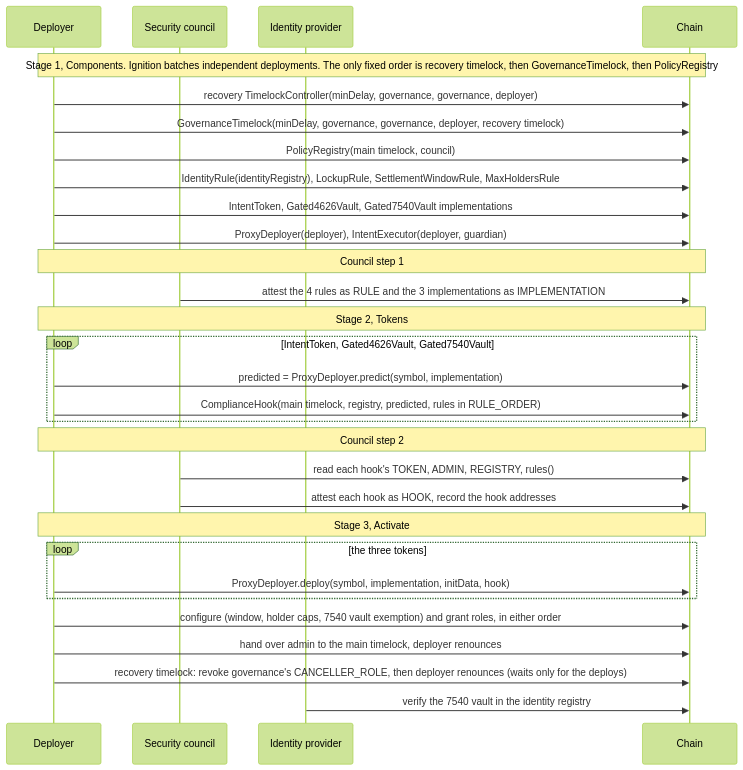
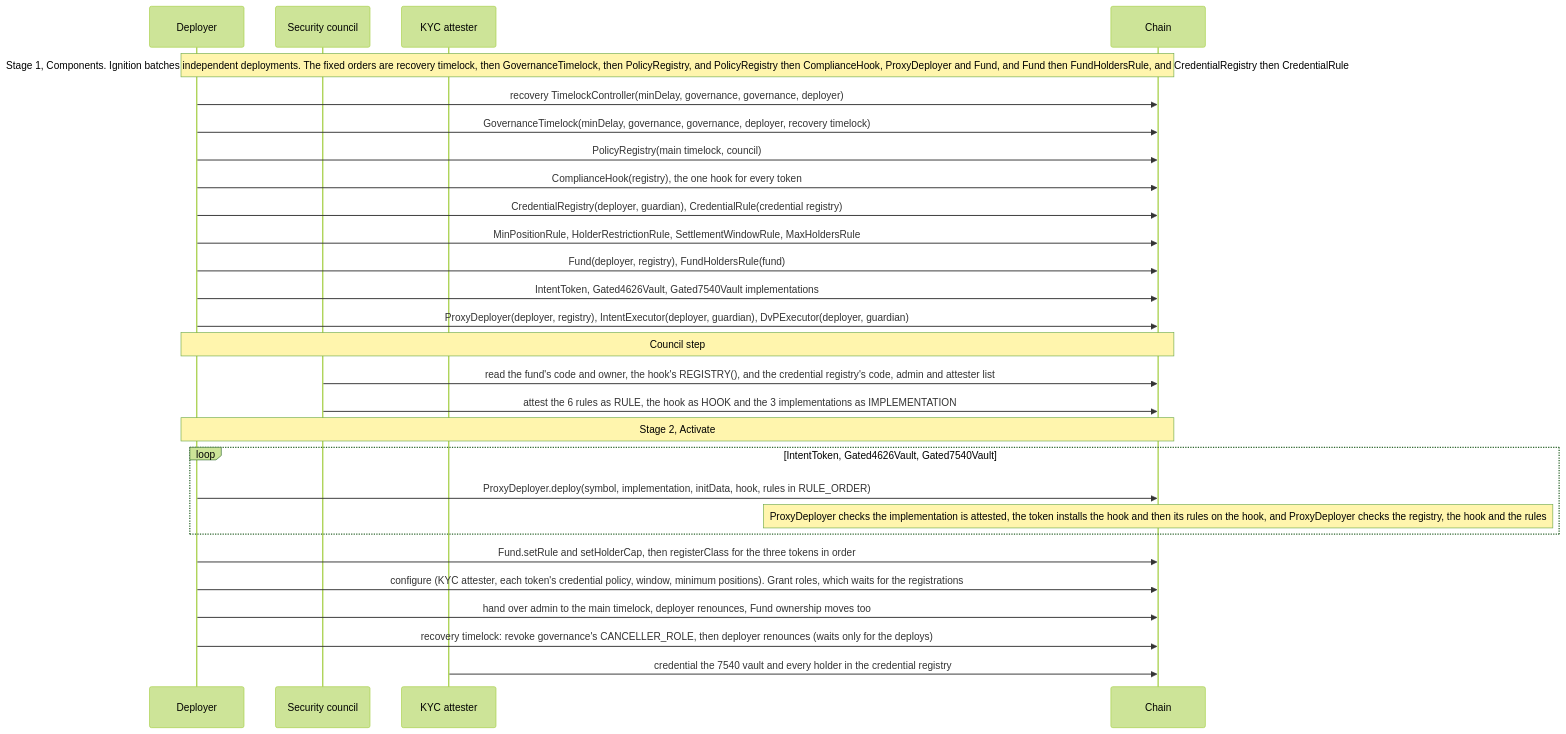
The sixth of 6 diagrams in docs/governance-and-deployment.md (fepvenancio/rwa-token), drawn with Mermaid (forest theme) before and after one commit. The commit also changed other lines of this file and 116 other files, not shown here.

First line of the commit message:
Fund layer, DvP, review items, credential layer and the ProxyDeployer check (#3)

````diff
--- a/docs/governance-and-deployment.md
+++ b/docs/governance-and-deployment.md
@@ -223,37 +353,33 @@
 ```mermaid
 sequenceDiagram
   participant D as Deployer
   participant Co as Security council
-  participant IP as Identity provider
+  participant KA as KYC attester
   participant Ch as Chain
 
-  Note over D,Ch: Stage 1, Components. Ignition batches independent deployments. The only fixed order is recovery timelock, then GovernanceTimelock, then PolicyRegistry
+  Note over D,Ch: Stage 1, Components. Ignition batches independent deployments. The fixed orders are recovery timelock, then GovernanceTimelock, then PolicyRegistry, and PolicyRegistry then ComplianceHook, ProxyDeployer and Fund, and Fund then FundHoldersRule, and CredentialRegistry then CredentialRule
   D->>Ch: recovery TimelockController(minDelay, governance, governance, deployer)
   D->>Ch: GovernanceTimelock(minDelay, governance, governance, deployer, recovery timelock)
   D->>Ch: PolicyRegistry(main timelock, council)
-  D->>Ch: IdentityRule(identityRegistry), LockupRule, SettlementWindowRule, MaxHoldersRule
+  D->>Ch: ComplianceHook(registry), the one hook for every token
+  D->>Ch: CredentialRegistry(deployer, guardian), CredentialRule(credential registry)
+  D->>Ch: MinPositionRule, HolderRestrictionRule, SettlementWindowRule, MaxHoldersRule
+  D->>Ch: Fund(deployer, registry), FundHoldersRule(fund)
   D->>Ch: IntentToken, Gated4626Vault, Gated7540Vault implementations
-  D->>Ch: ProxyDeployer(deployer), IntentExecutor(deployer, guardian)
+  D->>Ch: ProxyDeployer(deployer, registry), IntentExecutor(deployer, guardian), DvPExecutor(deployer, guardian)
 
-  Note over D,Ch: Council step 1
-  Co->>Ch: attest the 4 rules as RULE and the 3 implementations as IMPLEMENTATION
+  Note over D,Ch: Council step
+  Co->>Ch: read the fund's code and owner, the hook's REGISTRY(), and the credential registry's code, admin and attester list
+  Co->>Ch: attest the 6 rules as RULE, the hook as HOOK and the 3 implementations as IMPLEMENTATION
 
-  Note over D,Ch: Stage 2, Tokens
+  Note over D,Ch: Stage 2, Activate
   loop IntentToken, Gated4626Vault, Gated7540Vault
-    D->>Ch: predicted = ProxyDeployer.predict(symbol, implementation)
-    D->>Ch: ComplianceHook(main timelock, registry, predicted, rules in RULE_ORDER)
+    D->>Ch: ProxyDeployer.deploy(symbol, implementation, initData, hook, rules in RULE_ORDER)
+    Note over Ch: ProxyDeployer checks the implementation is attested, the token installs the hook and then its rules on the hook, and ProxyDeployer checks the registry, the hook and the rules
   end
-
-  Note over D,Ch: Council step 2
-  Co->>Ch: read each hook's TOKEN, ADMIN, REGISTRY, rules()
-  Co->>Ch: attest each hook as HOOK, record the hook addresses
-
-  Note over D,Ch: Stage 3, Activate
-  loop the three tokens
-    D->>Ch: ProxyDeployer.deploy(symbol, implementation, initData, hook)
-  end
-  D->>Ch: configure (window, holder caps, 7540 vault exemption) and grant roles, in either order
-  D->>Ch: hand over admin to the main timelock, deployer renounces
+  D->>Ch: Fund.setRule and setHolderCap, then registerClass for the three tokens in order
+  D->>Ch: configure (KYC attester, each token's credential policy, window, minimum positions). Grant roles, which waits for the registrations
+  D->>Ch: hand over admin to the main timelock, deployer renounces, Fund ownership moves too
   D->>Ch: recovery timelock: revoke governance's CANCELLER_ROLE, then deployer renounces (waits only for the deploys)
-  IP->>Ch: verify the 7540 vault in the identity registry
+  KA->>Ch: credential the 7540 vault and every holder in the credential registry
 ```
````
